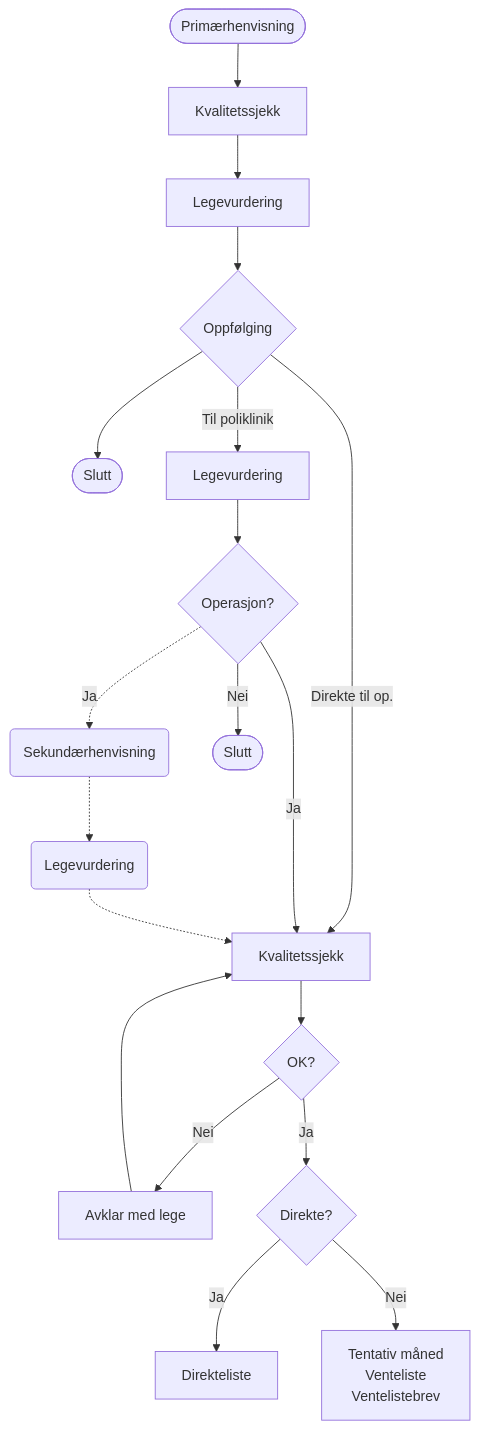
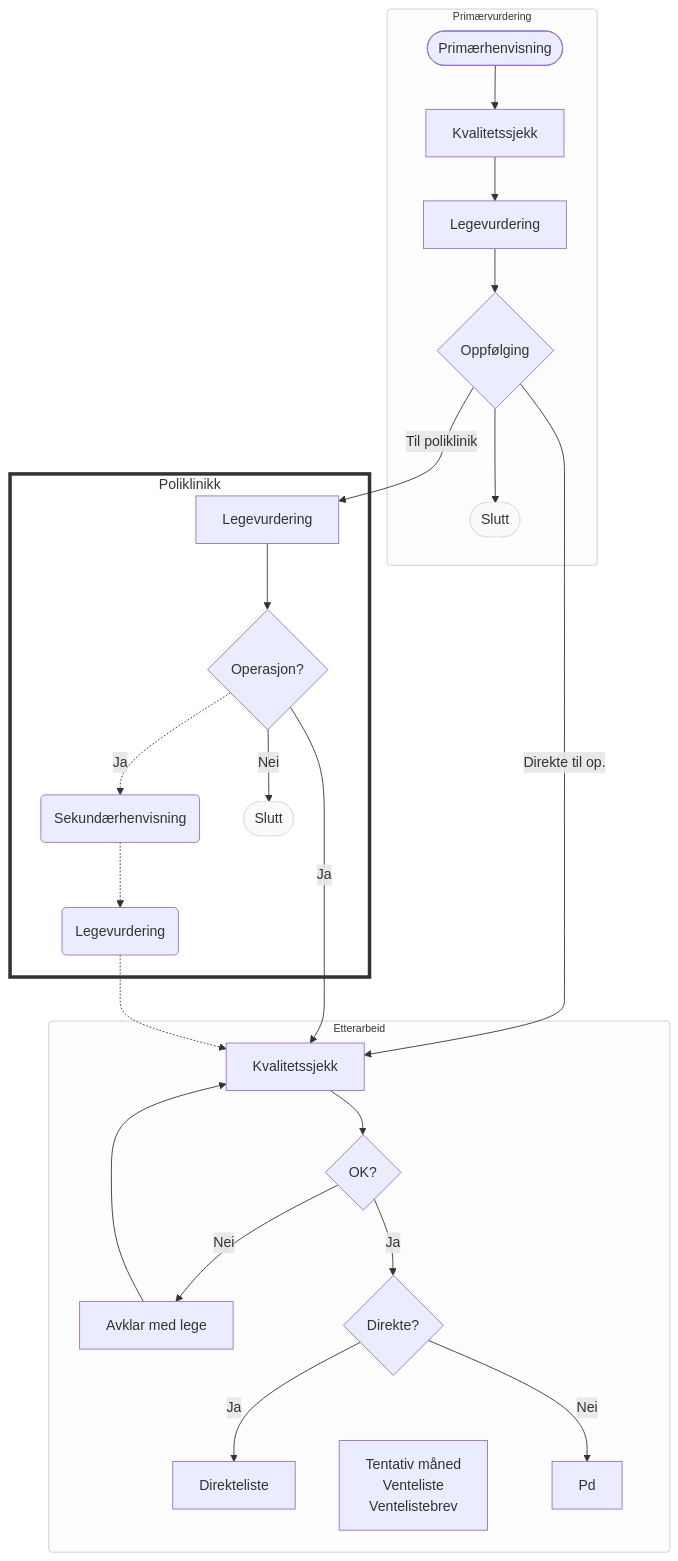
The diagram in flytskjema.qmd (srbolle/transcribe), drawn with Mermaid before and after one commit.

Commit message:
feat: restructure flowchart with subgraphs and improve styling
Organize workflow into three distinct subgraphs (Primærvurdering, Poliklinikk, Etterarbeid) and add custom styling with classes for input, button, decision, and layout elements

````diff
--- a/flytskjema.qmd
+++ b/flytskjema.qmd
@@ -3,47 +3,65 @@
 ```{mermaid}
 flowchart TD
   %% Vurdering av primærhenvisning
-  A([Primærhenvisning])
-  B[Kvalitetssjekk]
-  C[Legevurdering]
-  D{Oppfølging}
-  F([Slutt])
+  subgraph "Primærvurdering"
+    A([Primærhenvisning])
+    B[Kvalitetssjekk]
+    C[Legevurdering]
+    D{Oppfølging}
+    F([Slutt])
+
+    A --> B
+    B --> C
+    C --> D
+    D --> F
+  end
 
   %% Poliklinikk
-  G[Legevurdering]
-  H(Sekundærhenvisning)
-  I{Operasjon?}
-  J([Slutt])
-  K(Legevurdering)
+  subgraph "Poliklinikk"
+    G[Legevurdering]
+    H(Sekundærhenvisning)
+    I{Operasjon?}
+    J([Slutt])
+    K(Legevurdering)
+
+    D -->|Til poliklinik| G
+    G --> I
+    I -->|Nei| J
+    I -. Ja .-> H
+    H -.-> K
+  end
 
   %% Etterarbeid
-  E[Kvalitetssjekk]
-  L{OK?}
-  M[Avklar med lege]
-  N{Direkte?}
-  O[Direkteliste]
-  P[Tentativ måned \n Venteliste \n Ventelistebrev]
-  
+  subgraph "Etterarbeid"
+    D -->|Direkte til op.| E
+    E[Kvalitetssjekk]
+    L{OK?}
+    M[Avklar med lege]
+    N{Direkte?}
+    O[Direkteliste]
+    P[Tentativ måned \n Venteliste \n Ventelistebrev]
 
-  A --> B
-  B --> C
-  C --> D
-  D -->|Direkte til op.| E
-  D -->|Til poliklinik| G
-  D --> F
-  G --> I
-  I -->|Ja| E
-  I -->|Nei| J
-  I -. Ja .-> H
-  H -.-> K
-  K -.-> E
+    I -->|Ja| E
+    K -.-> E
+    E --> L
+    L -->|Nei| M
+    L -->|Ja| N
+    M e1@--> E
+    N -->|Ja| O
+    N -->|Nei| Pd
+  end
 
-E --> L
-L -->|Nei| M
-L -->|Ja| N
-M --> E
-N -->|Ja| O
-N -->|Nei| P
+  style Poliklinikk fill:#fff,stroke:#333,stroke-width:4px
 
+  %% Class assignments
+  class Primærvurdering input
+  class Etterarbeid input
+  class J,F layout
+
+  %% Styles
+  classDef input fill:#fdfdfd,stroke:#ccc,stroke-width:1px,font-size:12px,rx:4,ry:4
+  classDef button fill:#2e78f0,stroke:#1e60d4,color:#fff,font-weight:bold,rx:20,ry:20
+  classDef decision fill:#ffffff,stroke:#444,stroke-width:2px,font-style:italic
+  classDef layout fill:#fafafa,stroke:#ddd,stroke-dasharray: 2 2
 
 ```
````
